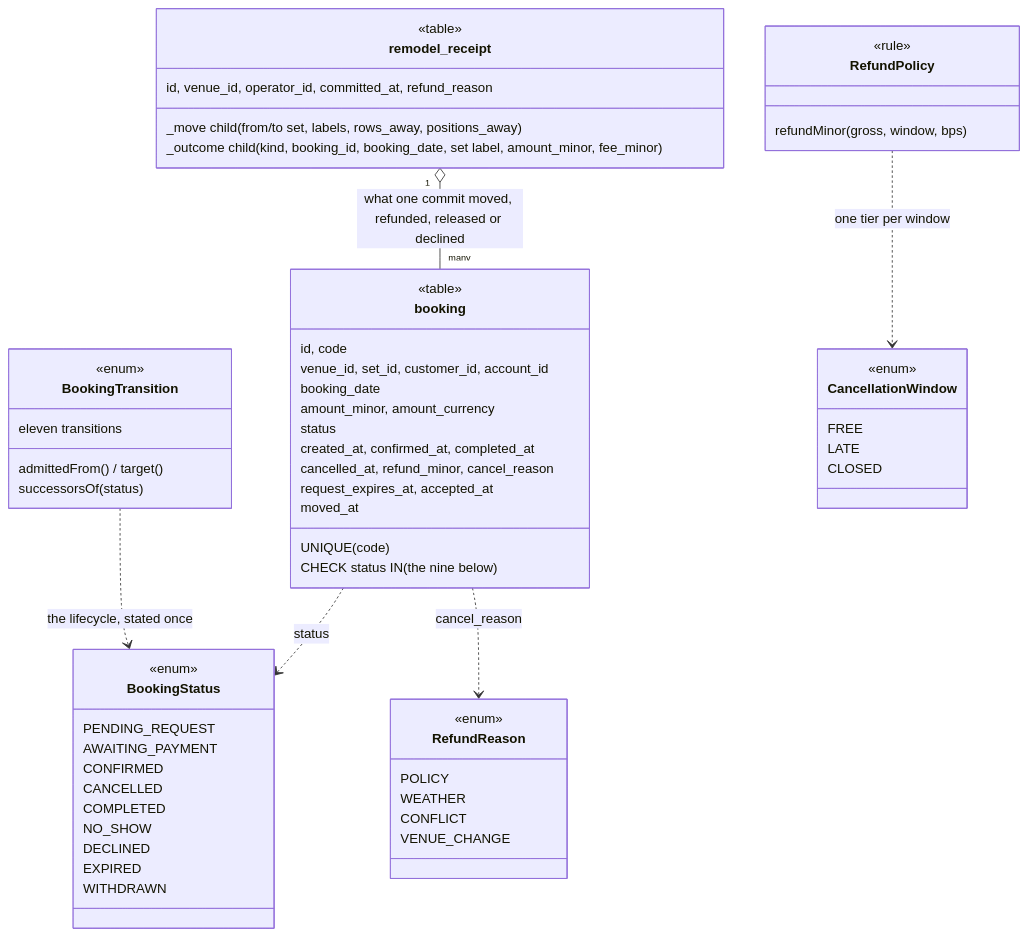
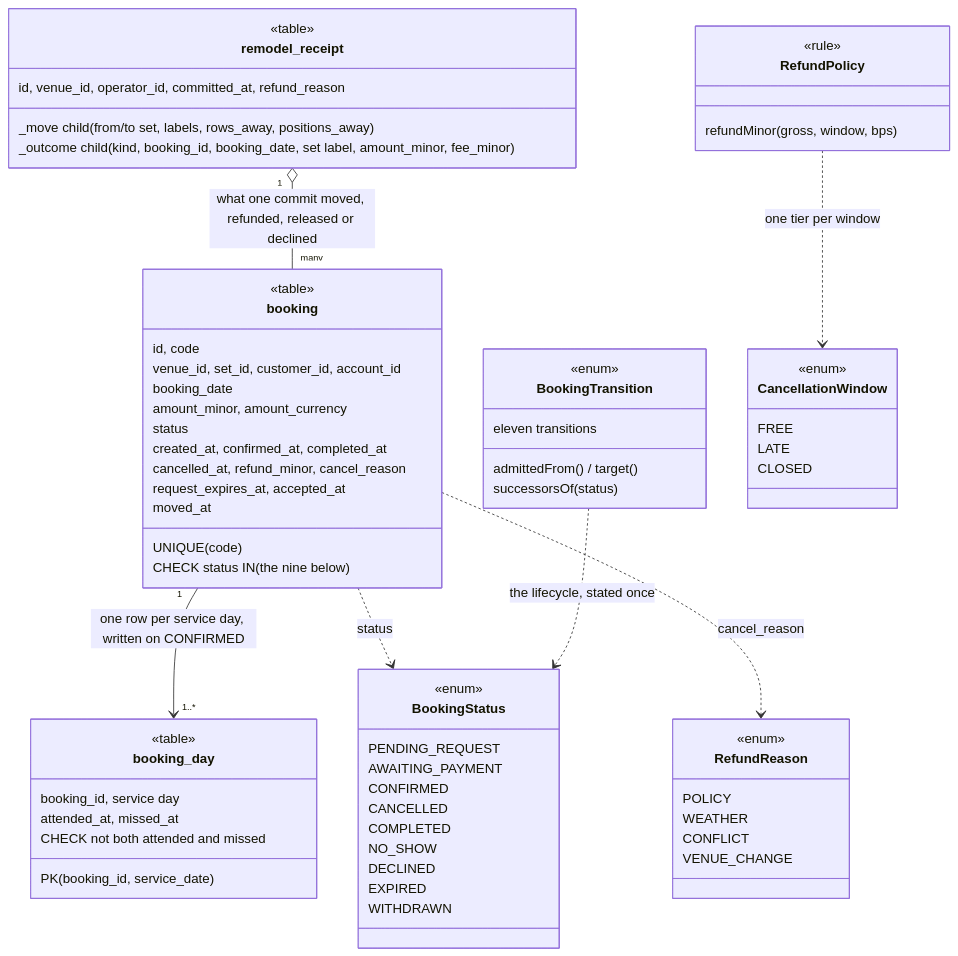
One commit to ivopogace/riviera-sunbed-booking changed the fifth of 15 diagrams in docs/architecture/domain-model.md. Above: the diagram before and after it, drawn with Mermaid. The commit also changed other lines of this file and 30 other files, not shown here.

First line of the commit message:
Multi-day stays 2/12: attendance becomes a per-day record (#1200) (#1211)

````diff
--- a/docs/architecture/domain-model.md
+++ b/docs/architecture/domain-model.md
@@ -323,63 +323,71 @@
 ```mermaid
 classDiagram
     class booking {
         <<table>>
         id, code
         venue_id, set_id, customer_id, account_id
         booking_date
         amount_minor, amount_currency
         status
         created_at, confirmed_at, completed_at
         cancelled_at, refund_minor, cancel_reason
         request_expires_at, accepted_at
         moved_at
         UNIQUE (code)
         CHECK status IN (the nine below)
     }
+    class booking_day {
+        <<table>>
+        booking_id, service day
+        attended_at, missed_at
+        PK (booking_id, service_date)
+        CHECK not both attended and missed
+    }
+    booking "1" --> "1..*" booking_day : one row per service day, written on CONFIRMED
     class BookingStatus {
         <<enum>>
         PENDING_REQUEST
         AWAITING_PAYMENT
         CONFIRMED
         CANCELLED
         COMPLETED
         NO_SHOW
         DECLINED
         EXPIRED
         WITHDRAWN
     }
     class BookingTransition {
         <<enum>>
         eleven transitions
         admittedFrom() / target()
         successorsOf(status)
     }
     class RefundPolicy {
         <<rule>>
         refundMinor(gross, window, bps)
     }
     class CancellationWindow {
         <<enum>>
         FREE
         LATE
         CLOSED
     }
     class RefundReason {
         <<enum>>
         POLICY
         WEATHER
         CONFLICT
         VENUE_CHANGE
     }
     class remodel_receipt {
         <<table>>
         id, venue_id, operator_id, committed_at, refund_reason
         _move child (from/to set, labels, rows_away, positions_away)
         _outcome child (kind, booking_id, booking_date, set label, amount_minor, fee_minor)
     }
     booking ..> BookingStatus : status
     BookingTransition ..> BookingStatus : the lifecycle, stated once
     RefundPolicy ..> CancellationWindow : one tier per window
     booking ..> RefundReason : cancel_reason
     remodel_receipt "1" o-- "many" booking : what one commit moved, refunded, released or declined
 ```
````
